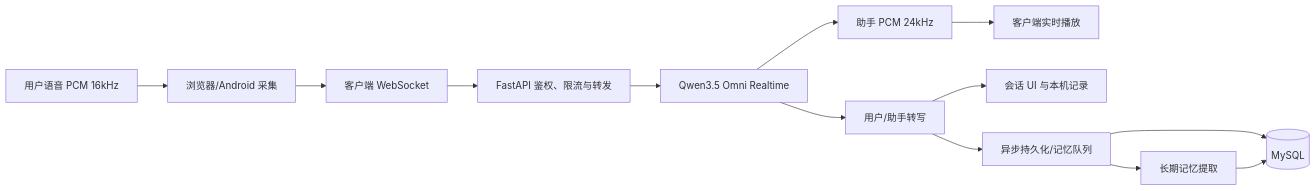
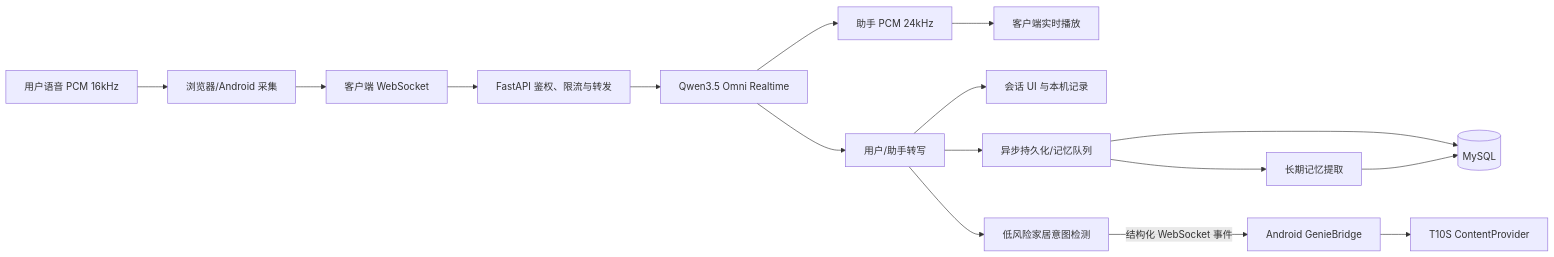
The fifth of 12 diagrams in README.md (Dadalia1917/TianMao-Ruoyi), drawn with Mermaid before and after one commit. The commit also changed other lines of this file and 31 other files, not shown here.

```diff
--- a/README.md
+++ b/README.md
@@ -319,15 +373,18 @@
 ~~~mermaid
 flowchart LR
     Speech["用户语音 PCM 16kHz"] --> Capture["浏览器/Android 采集"]
     Capture --> WS["客户端 WebSocket"]
     WS --> Proxy["FastAPI 鉴权、限流与转发"]
     Proxy --> Omni["Qwen3.5 Omni Realtime"]
     Omni --> Transcript["用户/助手转写"]
     Omni --> Audio["助手 PCM 24kHz"]
     Audio --> Player["客户端实时播放"]
     Transcript --> UI["会话 UI 与本机记录"]
     Transcript --> Queue["异步持久化/记忆队列"]
+    Transcript --> Detector["低风险家居意图检测"]
+    Detector -->|"结构化 WebSocket 事件"| Bridge["Android GenieBridge"]
+    Bridge --> Provider["T10S ContentProvider"]
     Queue --> DB[("MySQL")]
     Queue --> Extractor["长期记忆提取"]
     Extractor --> DB
 ~~~
```
